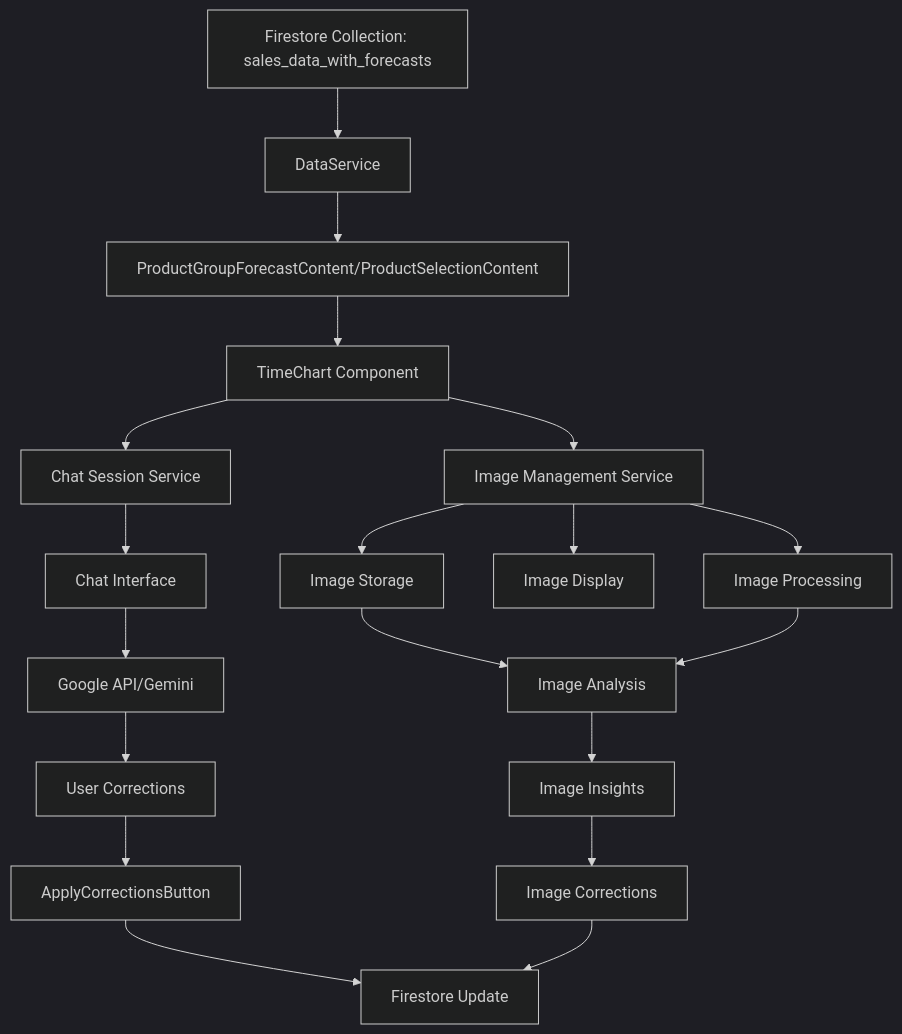
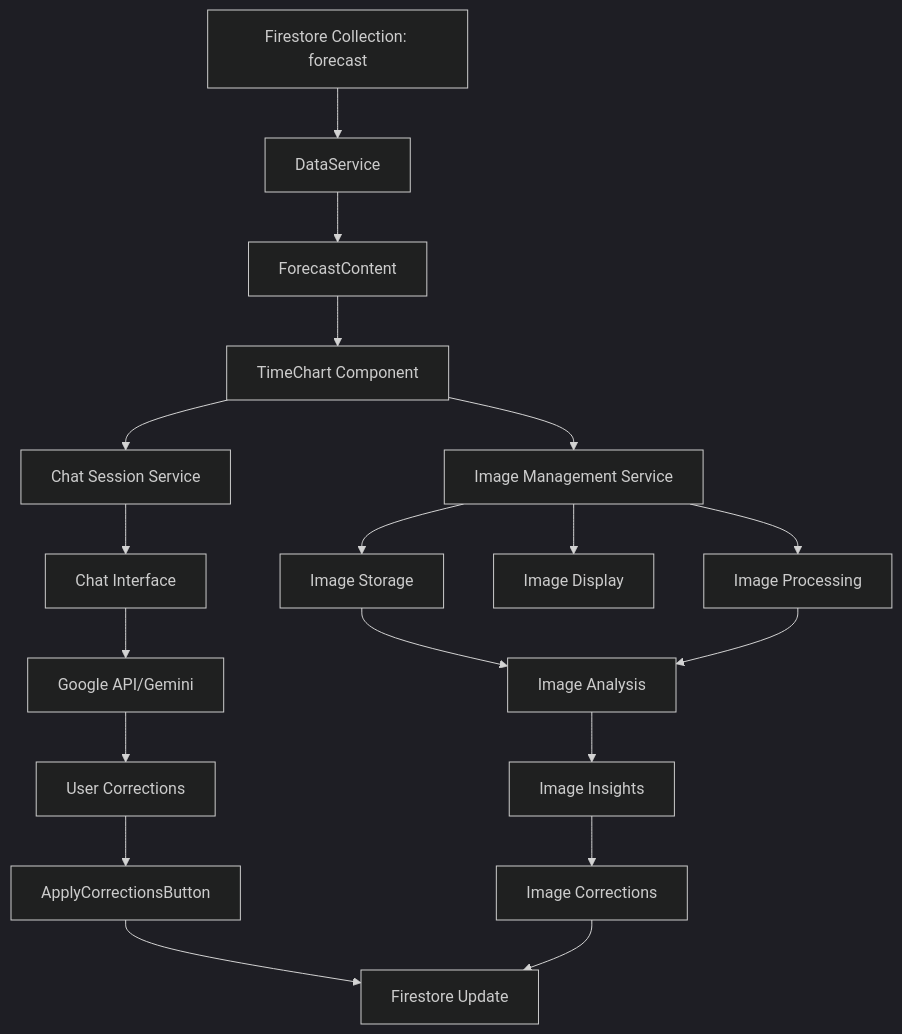
The first of 4 diagrams in docs/data-flow.md (mikkovaltonen/professional_buyer), drawn with Mermaid (dark theme) before and after one commit. The commit also changed other lines of this file and 13 other files, not shown here.

Commit message:
Refactor chat group/product selection logic, improve button UX, remove CSV legacy, and update documentation

````diff
--- a/docs/data-flow.md
+++ b/docs/data-flow.md
@@ -7,27 +7,27 @@
 ```mermaid
 graph TD
-    A[Firestore Collection: sales_data_with_forecasts] --> B[DataService]
-    B --> C[ProductGroupForecastContent/ProductSelectionContent]
+    A[Firestore Collection: forecast] --> B[DataService]
+    B --> C[ForecastContent]
     C --> D[TimeChart Component]
     
     %% Separate Image Management Flow
     D --> E1[Image Management Service]
     E1 --> F1[Image Storage]
     E1 --> F2[Image Processing]
     E1 --> F3[Image Display]
     
     %% Separate Chat Session Flow
     D --> E2[Chat Session Service]
     E2 --> F4[Chat Interface]
     F4 --> G[Google API/Gemini]
     G --> H[User Corrections]
     H --> I[ApplyCorrectionsButton]
     I --> J[Firestore Update]
 
     %% Independent Image Analysis Flow
     F1 --> G1[Image Analysis]
     F2 --> G1
     G1 --> H1[Image Insights]
     H1 --> I1[Image Corrections]
     I1 --> J
 ```
````
